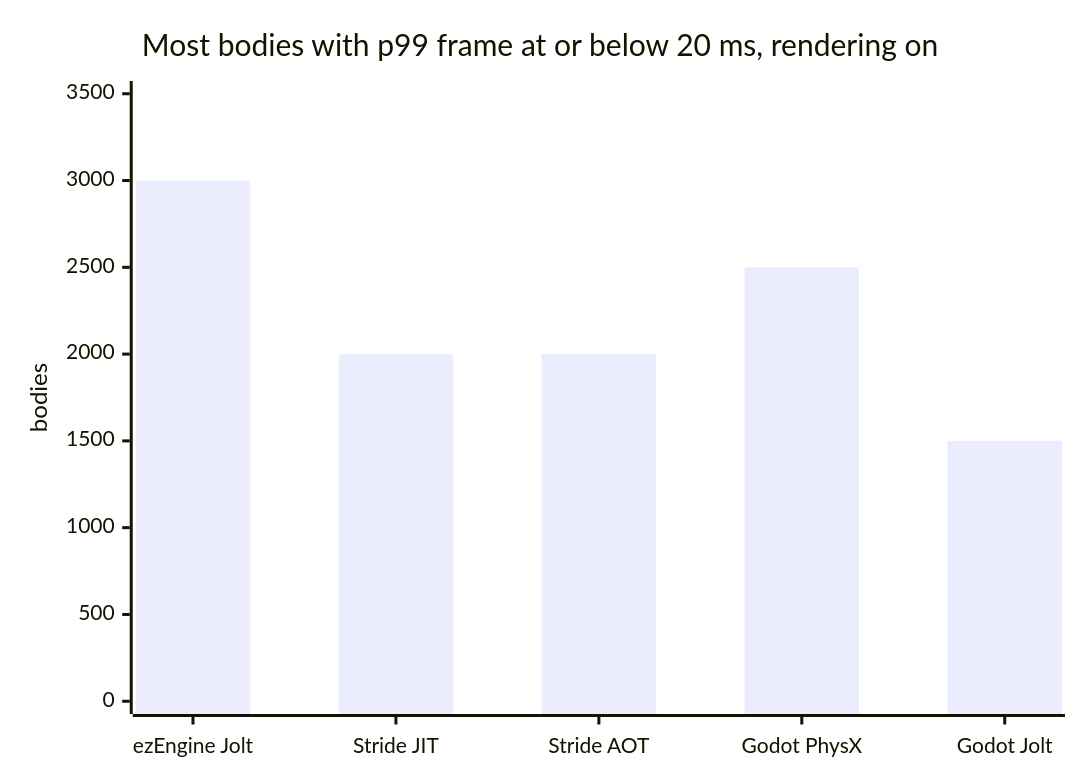
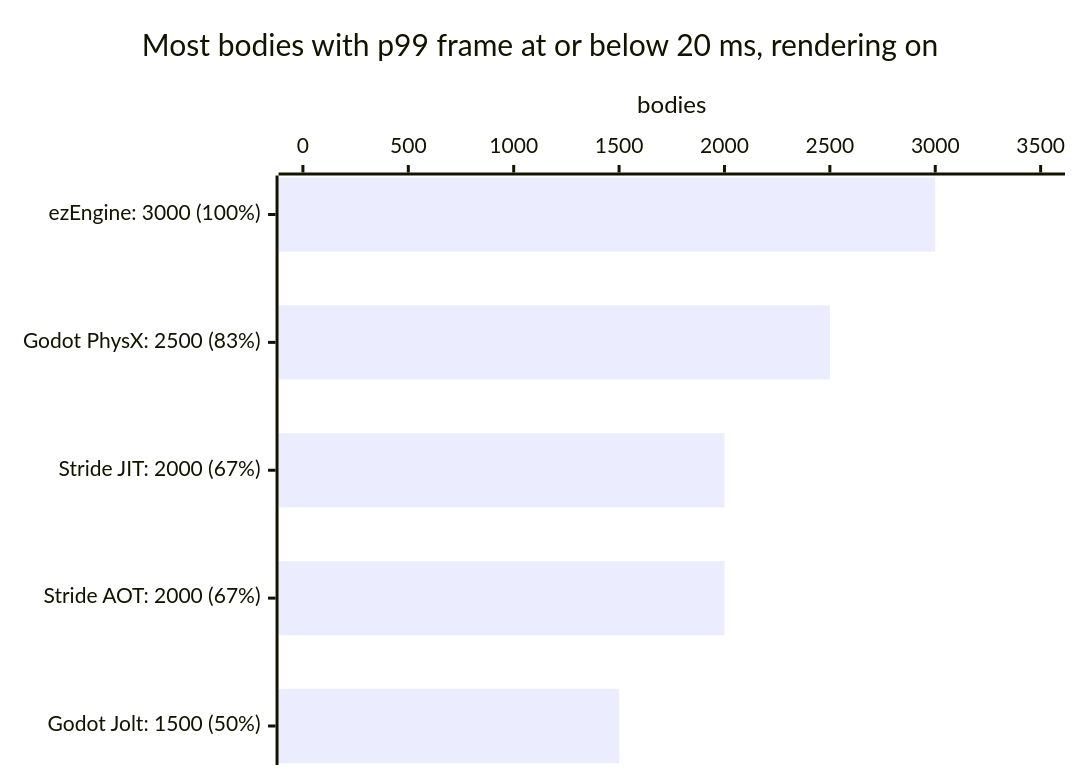
The fifth of 6 diagrams in README.md (CreatoramaStudio/QuestMark), drawn with Mermaid before and after one commit. The commit also changed other lines of this file and 1 other file, not shown here.

Commit message:
Docs: body API A/B for Jolt and the PhysX fork (12.3), PhysX fork ranked 3a above Godot Jolt 3b, README quick start and sorted horizontal charts with percent of best

````diff
--- a/README.md
+++ b/README.md
@@ -68,7 +87,7 @@
 ```mermaid
-xychart-beta
+xychart-beta horizontal
     title "Most bodies with p99 frame at or below 20 ms, rendering on"
-    x-axis ["ezEngine Jolt", "Stride JIT", "Stride AOT", "Godot PhysX", "Godot Jolt"]
+    x-axis ["ezEngine: 3000 (100%)", "Godot PhysX: 2500 (83%)", "Stride JIT: 2000 (67%)", "Stride AOT: 2000 (67%)", "Godot Jolt: 1500 (50%)"]
     y-axis "bodies" 0 --> 3500
-    bar [3000, 2000, 2000, 2500, 1500]
+    bar [3000, 2500, 2000, 2000, 1500]
 ```
````
